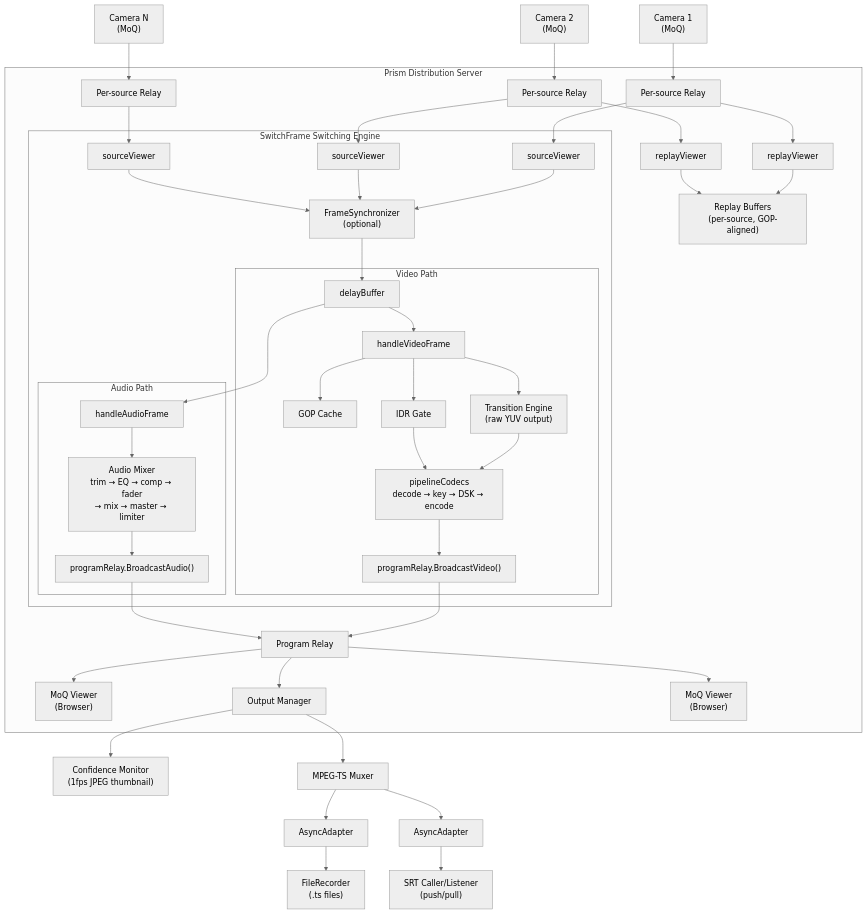
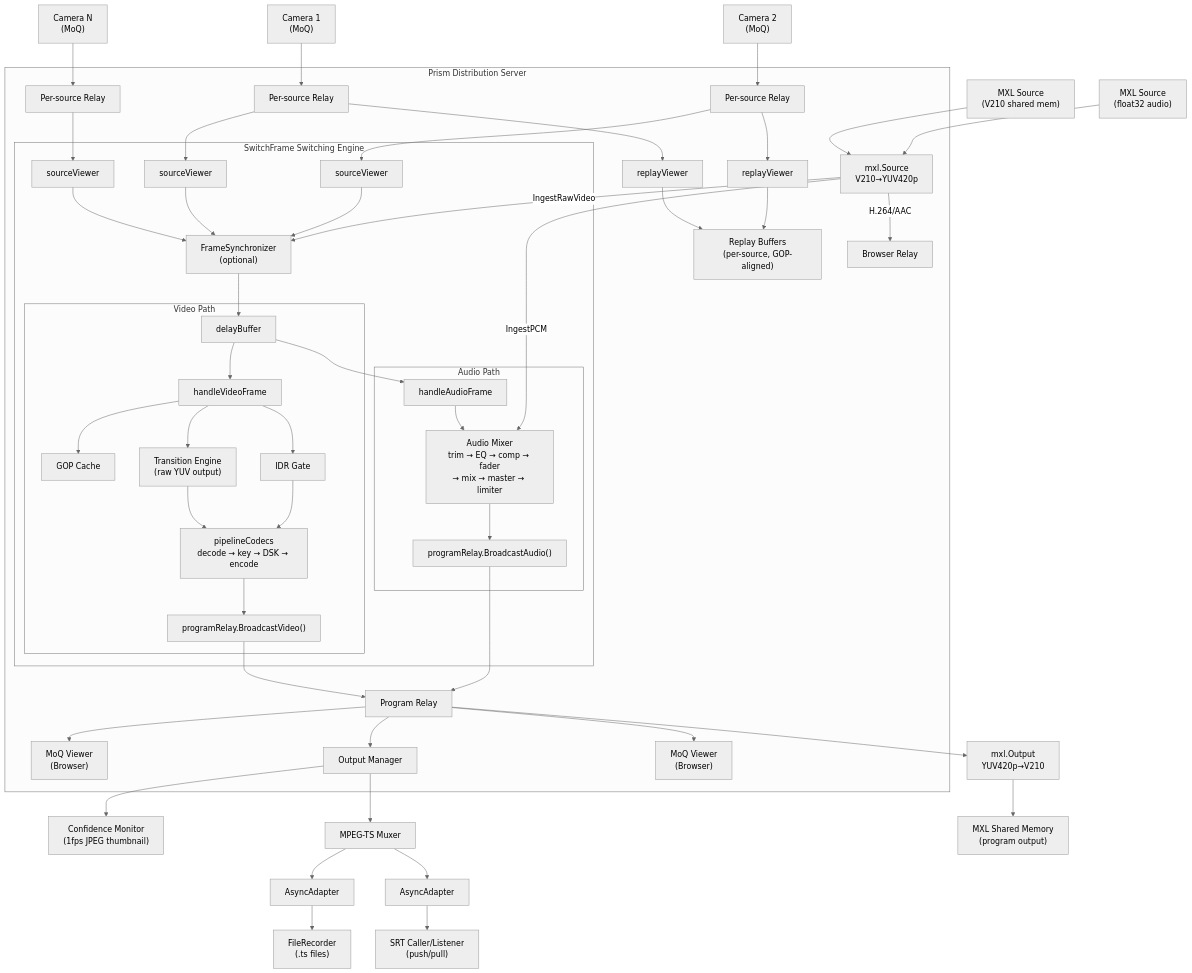
One commit to zsiec/switchframe changed the first of 22 diagrams in docs/architecture.md. Above: the diagram before and after it, drawn with Mermaid (neutral theme). The commit also changed other lines of this file and 20 other files, not shown here.

First line of the commit message:
Add MXL shared-memory transport & monotonic audio PTS

````diff
--- a/docs/architecture.md
+++ b/docs/architecture.md
@@ -21,51 +23,59 @@
 ```mermaid
 graph TD
     cam1["Camera 1<br/>(MoQ)"] --> relay1["Per-source Relay"]
     cam2["Camera 2<br/>(MoQ)"] --> relay2["Per-source Relay"]
     camN["Camera N<br/>(MoQ)"] --> relayN["Per-source Relay"]
+    mxl1["MXL Source<br/>(V210 shared mem)"] --> mxlSrc["mxl.Source<br/>V210→YUV420p"]
+    mxl2["MXL Source<br/>(float32 audio)"] --> mxlSrc
 
     subgraph prism["Prism Distribution Server"]
+        mxlSrc -->|"IngestRawVideo"| fs
+        mxlSrc -->|"IngestPCM"| am
+        mxlSrc -->|"H.264/AAC"| mxlRelay["Browser Relay"]
         relay1 --> sv1["sourceViewer"]
         relay2 --> sv2["sourceViewer"]
         relayN --> svN["sourceViewer"]
         relay1 --> rv1["replayViewer"]
         relay2 --> rv2["replayViewer"]
         rv1 --> rb["Replay Buffers<br/>(per-source, GOP-aligned)"]
         rv2 --> rb
 
         subgraph engine["SwitchFrame Switching Engine"]
             sv1 --> fs["FrameSynchronizer<br/>(optional)"]
             sv2 --> fs
             svN --> fs
             fs --> delay["delayBuffer"]
 
             subgraph video["Video Path"]
                 delay --> hvf["handleVideoFrame"]
                 hvf --> gc["GOP Cache"]
                 hvf --> te["Transition Engine<br/>(raw YUV output)"]
                 hvf --> idr["IDR Gate"]
                 te --> pipeline["pipelineCodecs<br/>decode → key → DSK → encode"]
                 idr --> pipeline
                 pipeline --> bv["programRelay.BroadcastVideo()"]
             end
 
             subgraph audio["Audio Path"]
                 delay --> haf["handleAudioFrame"]
                 haf --> am["Audio Mixer<br/>trim → EQ → comp → fader<br/>→ mix → master → limiter"]
                 am --> ba["programRelay.BroadcastAudio()"]
             end
         end
 
         bv --> pr["Program Relay"]
         ba --> pr
 
         pr --> browser1["MoQ Viewer<br/>(Browser)"]
         pr --> om["Output Manager"]
         pr --> browser2["MoQ Viewer<br/>(Browser)"]
     end
 
     om --> conf["Confidence Monitor<br/>(1fps JPEG thumbnail)"]
     om --> mux["MPEG-TS Muxer"]
     mux --> aa1["AsyncAdapter"] --> rec["FileRecorder<br/>(.ts files)"]
     mux --> aa2["AsyncAdapter"] --> srt["SRT Caller/Listener<br/>(push/pull)"]
+
+    pr --> mxlOut["mxl.Output<br/>YUV420p→V210"]
+    mxlOut --> mxlShm["MXL Shared Memory<br/>(program output)"]
 ```
````
